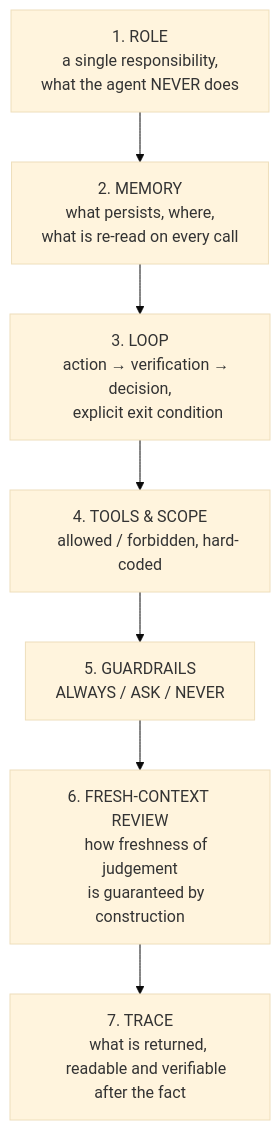
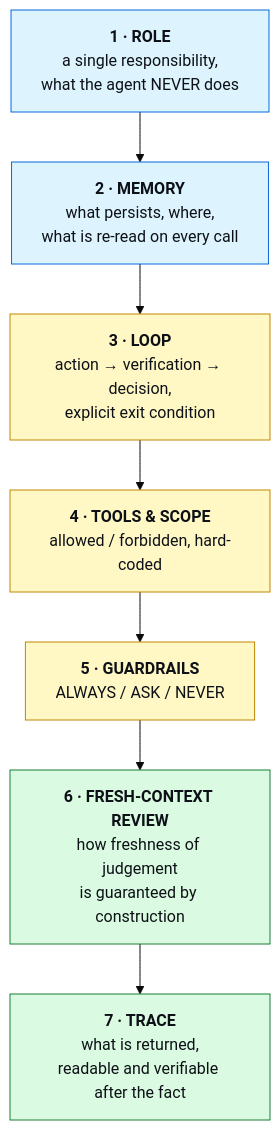
Before and after one commit to techmefr/mentis: the second of 6 diagrams in doc/HOW-WE-WRITE-OUR-AGENTS.md, drawn with Mermaid (base theme). The commit also changed other lines of this file and 1 other file, not shown here.

````diff
--- a/doc/HOW-WE-WRITE-OUR-AGENTS.md
+++ b/doc/HOW-WE-WRITE-OUR-AGENTS.md
@@ -72,23 +106,18 @@
 ```mermaid
 flowchart TD
-    R["1. ROLE
-    a single responsibility,
-    what the agent NEVER does"]
-    M["2. MEMORY
-    what persists, where,
-    what is re-read on every call"]
-    B["3. LOOP
-    action → verification → decision,
-    explicit exit condition"]
-    O["4. TOOLS & SCOPE
-    allowed / forbidden, hard-coded"]
-    G["5. GUARDRAILS
-    ALWAYS / ASK / NEVER"]
-    C["6. FRESH-CONTEXT REVIEW
-    how freshness of judgement
-    is guaranteed by construction"]
-    T["7. TRACE
-    what is returned,
-    readable and verifiable after the fact"]
+    R["<b>1 · ROLE</b><br/>a single responsibility,<br/>what the agent NEVER does"]
+    M["<b>2 · MEMORY</b><br/>what persists, where,<br/>what is re-read on every call"]
+    B["<b>3 · LOOP</b><br/>action → verification → decision,<br/>explicit exit condition"]
+    O["<b>4 · TOOLS &amp; SCOPE</b><br/>allowed / forbidden, hard-coded"]
+    G["<b>5 · GUARDRAILS</b><br/>ALWAYS / ASK / NEVER"]
+    C["<b>6 · FRESH-CONTEXT REVIEW</b><br/>how freshness of judgement<br/>is guaranteed by construction"]
+    T["<b>7 · TRACE</b><br/>what is returned,<br/>readable and verifiable after the fact"]
     R --> M --> B --> O --> G --> C --> T
+
+    classDef what fill:#ddf4ff,stroke:#0969da,color:#0d1117
+    classDef how fill:#fff8c5,stroke:#bf8700,color:#0d1117
+    classDef proof fill:#dafbe1,stroke:#1a7f37,color:#0d1117
+    class R,M what
+    class B,O,G how
+    class C,T proof
 ```
````
